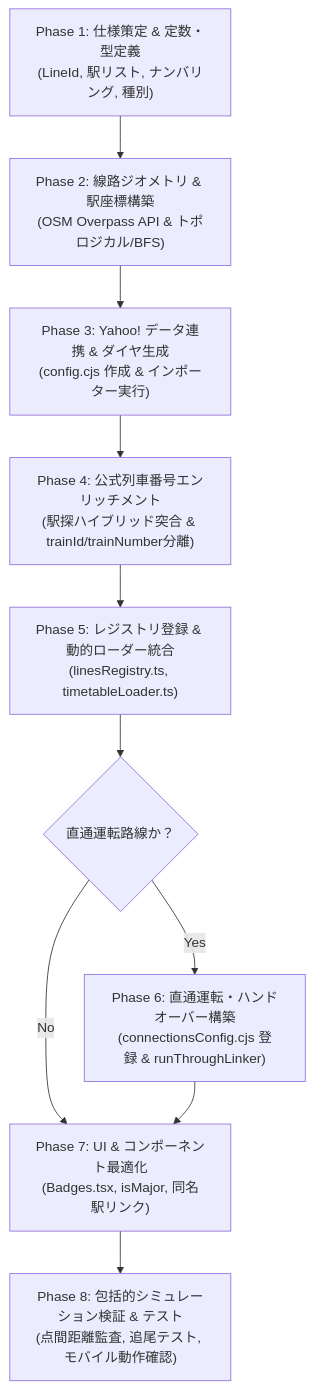
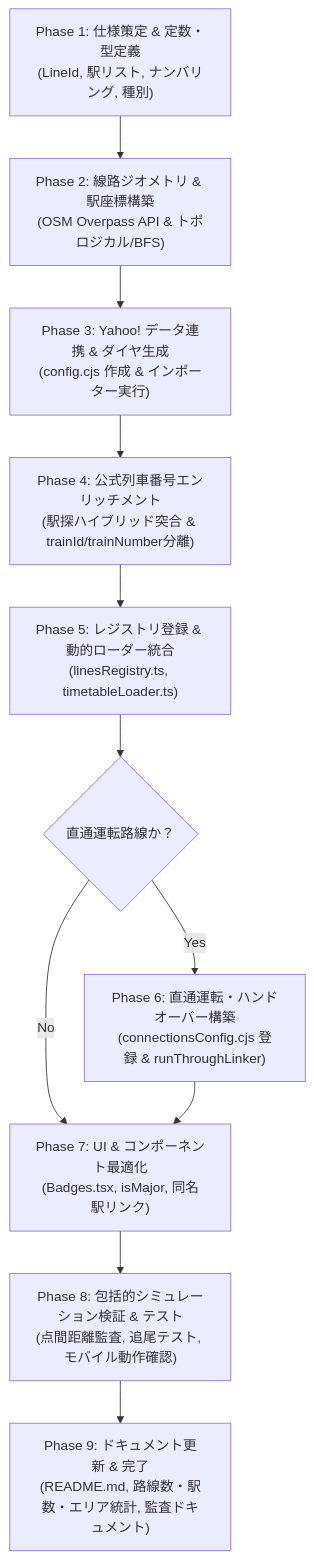
Before and after one commit to GenbuHase/Trainfo: the first of 4 diagrams in docs/ROUTE_EXPANSION_PLAYBOOK.md, drawn with Mermaid. The commit also changed other lines of this file and 3 other files, not shown here.

````diff
--- a/docs/ROUTE_EXPANSION_PLAYBOOK.md
+++ b/docs/ROUTE_EXPANSION_PLAYBOOK.md
@@ -76,12 +76,13 @@
 ```mermaid
 flowchart TD
     P1["Phase 1: 仕様策定 & 定数・型定義<br/>(LineId, 駅リスト, ナンバリング, 種別)"] --> P2["Phase 2: 線路ジオメトリ & 駅座標構築<br/>(OSM Overpass API & トポロジカル/BFS)"]
     P2 --> P3["Phase 3: Yahoo! データ連携 & ダイヤ生成<br/>(config.cjs 作成 & インポーター実行)"]
     P3 --> P4["Phase 4: 公式列車番号エンリッチメント<br/>(駅探ハイブリッド突合 & trainId/trainNumber分離)"]
     P4 --> P5["Phase 5: レジストリ登録 & 動的ローダー統合<br/>(linesRegistry.ts, timetableLoader.ts)"]
     P5 --> P6{"直通運転路線か？"}
     P6 -- "Yes" --> P6_1["Phase 6: 直通運転・ハンドオーバー構築<br/>(connectionsConfig.cjs 登録 & runThroughLinker)"]
     P6 -- "No" --> P7["Phase 7: UI & コンポーネント最適化<br/>(Badges.tsx, isMajor, 同名駅リンク)"]
     P6_1 --> P7
     P7 --> P8["Phase 8: 包括的シミュレーション検証 & テスト<br/>(点間距離監査, 追尾テスト, モバイル動作確認)"]
+    P8 --> P9["Phase 9: ドキュメント更新 & 完了<br/>(README.md, 路線数・駅数・エリア統計, 監査ドキュメント)"]
 ```
````
